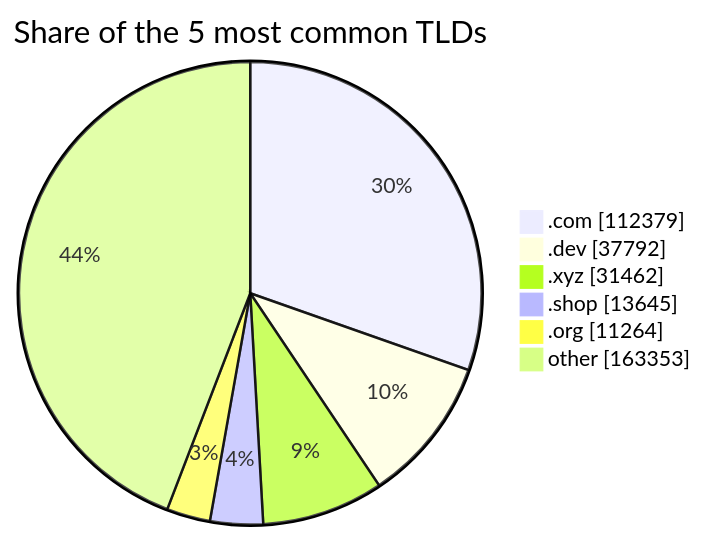
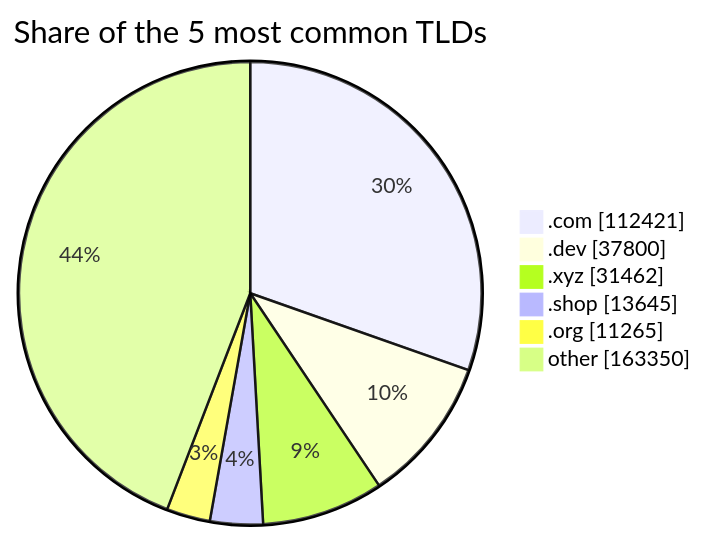
The third of 3 diagrams in README.md (DNSBunker/CTI), drawn with Mermaid before and after one commit. The commit also changed other lines of this file and 3 other files, not shown here.

````diff
--- a/README.md
+++ b/README.md
@@ -81,9 +81,9 @@
 ```mermaid
 pie showData title Share of the 5 most common TLDs
-    ".com" : 112379
-    ".dev" : 37792
+    ".com" : 112421
+    ".dev" : 37800
     ".xyz" : 31462
     ".shop" : 13645
-    ".org" : 11264
-    "other" : 163353
+    ".org" : 11265
+    "other" : 163350
 ```
````
